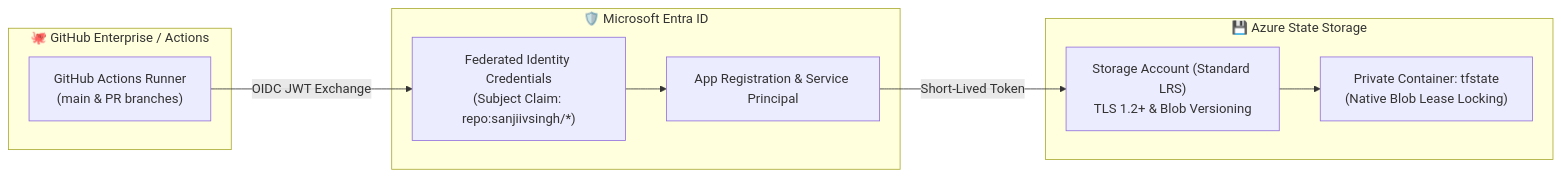
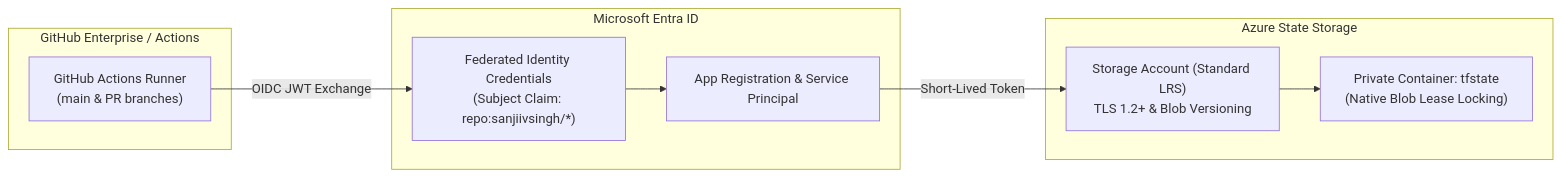
Before and after one commit to sanjiivsingh/azure-terraform-bootstrap-oidc: the diagram in README.md, drawn with Mermaid. The commit also changed other lines of this file, not shown here.

Commit message:
docs: optimize README badges, mermaid linebreaks, and consultant title

````diff
--- a/README.md
+++ b/README.md
@@ -26,21 +26,21 @@
 ```mermaid
 flowchart LR
-    subgraph GitHub["🐙 GitHub Enterprise / Actions"]
-        RUNNER["GitHub Actions Runner\n(main & PR branches)"]
+    subgraph GitHub["GitHub Enterprise / Actions"]
+        RUNNER["GitHub Actions Runner<br/>(main & PR branches)"]
     end
 
-    subgraph Entra["🛡️ Microsoft Entra ID"]
+    subgraph Entra["Microsoft Entra ID"]
         APP["App Registration & Service Principal"]
-        FED["Federated Identity Credentials\n(Subject Claim: repo:sanjiivsingh/*)"]
+        FED["Federated Identity Credentials<br/>(Subject Claim: repo:sanjiivsingh/*)"]
     end
 
-    subgraph State["💾 Azure State Storage"]
-        ST["Storage Account (Standard LRS)\nTLS 1.2+ & Blob Versioning"]
-        CONTAINER["Private Container: tfstate\n(Native Blob Lease Locking)"]
+    subgraph State["Azure State Storage"]
+        ST["Storage Account (Standard LRS)<br/>TLS 1.2+ & Blob Versioning"]
+        CONTAINER["Private Container: tfstate<br/>(Native Blob Lease Locking)"]
     end
 
     RUNNER -->|OIDC JWT Exchange| FED
     FED --> APP
     APP -->|Short-Lived Token| ST
     ST --> CONTAINER
 ```
````
